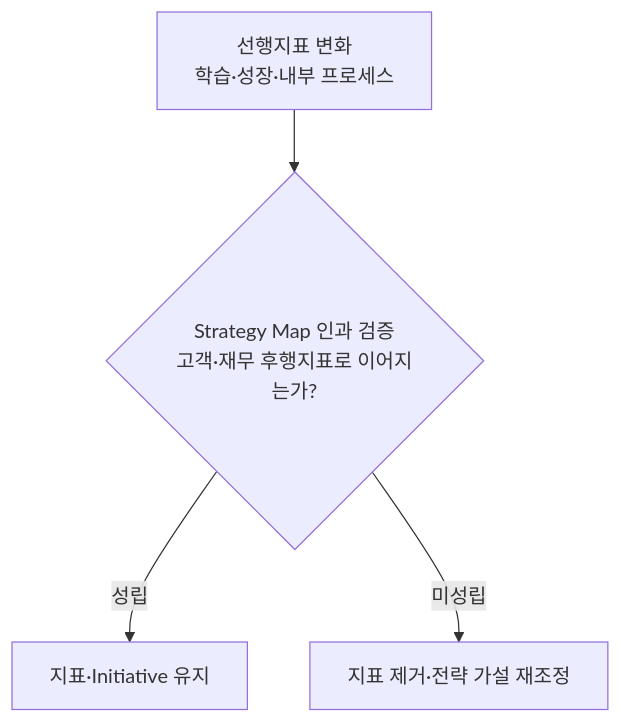
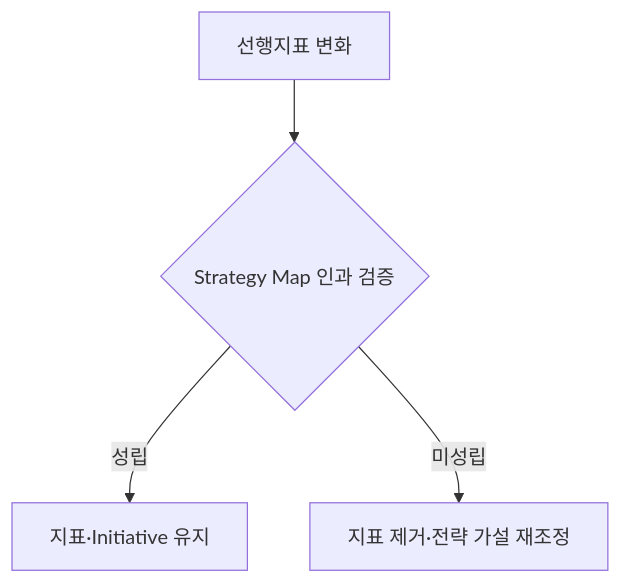
Before and after one commit to agnusdei1207/study: the fourth of 5 diagrams in src/content/docs/notes/itpe/01-it-strategy/017_bsc.md, drawn with Mermaid. The commit also changed other lines of this file and 19 other files, not shown here.

````diff
--- a/src/content/docs/notes/itpe/01-it-strategy/017_bsc.md
+++ b/src/content/docs/notes/itpe/01-it-strategy/017_bsc.md
@@ -103,6 +106,6 @@
 ```mermaid
 flowchart TD
-    L["선행지표 변화<br/>학습·성장·내부 프로세스"] --> Q{"Strategy Map 인과 검증<br/>고객·재무 후행지표로 이어지는가?"}
+    L["선행지표 변화"] --> Q{"Strategy Map 인과 검증"}
     Q -->|성립| P["지표·Initiative 유지"]
     Q -->|미성립| F["지표 제거·전략 가설 재조정"]
 ```
````
